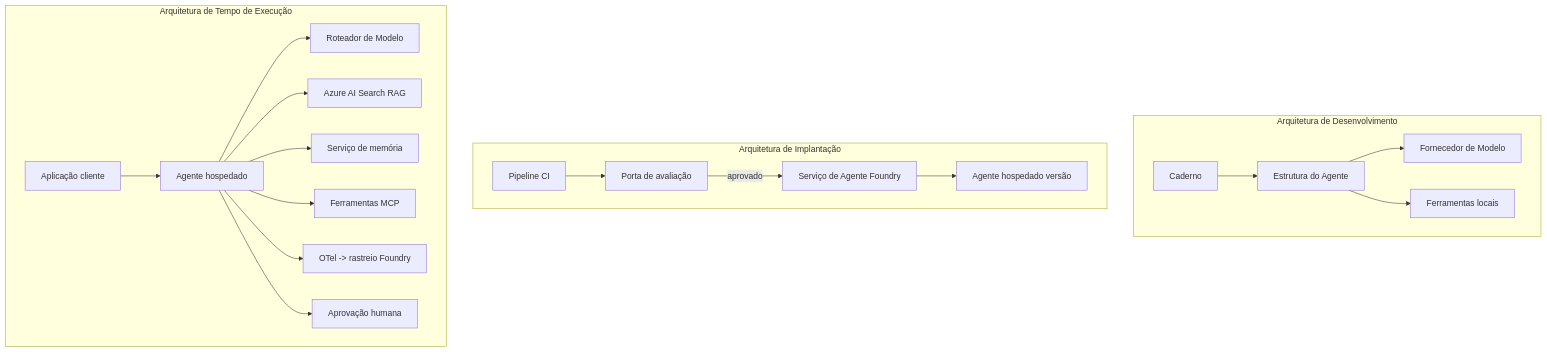
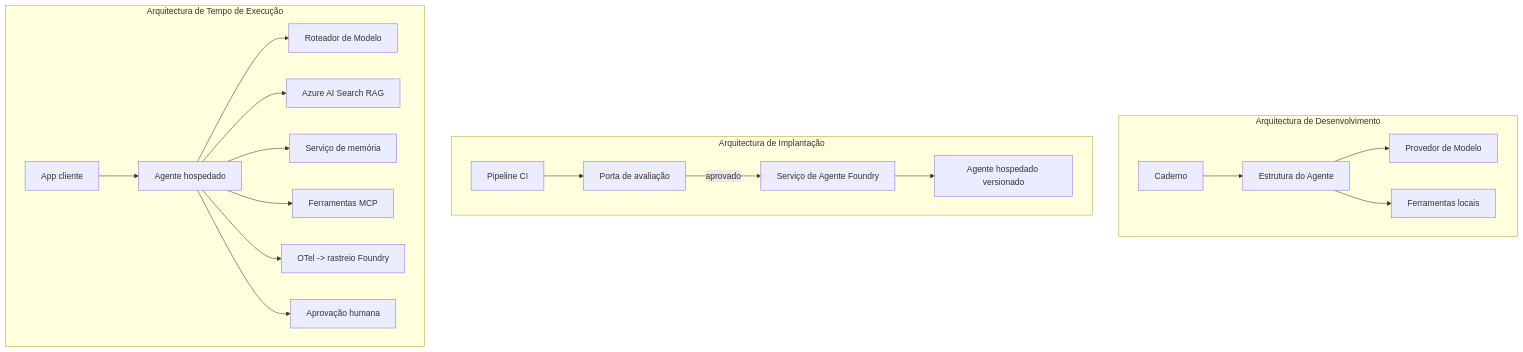
The fourth of 4 diagrams in mirrors/repos/microsoft@ai-agents-for-beginners/translations/pt-PT/16-deploying-scalable-agents/README.md (gabrielmoreira/agent-skills-mirror), drawn with Mermaid before and after one commit. The commit also changed other lines of this file and 4262 other files, not shown here.

````diff
--- a/mirrors/repos/microsoft@ai-agents-for-beginners/translations/pt-PT/16-deploying-scalable-agents/README.md
+++ b/mirrors/repos/microsoft@ai-agents-for-beginners/translations/pt-PT/16-deploying-scalable-agents/README.md
@@ -185,22 +185,22 @@
 ```mermaid
 flowchart TB
-    subgraph Dev[Arquitetura de Desenvolvimento]
+    subgraph Dev[Arquitectura de Desenvolvimento]
         D1[Caderno] --> D2[Estrutura do Agente]
-        D2 --> D3[Fornecedor de Modelo]
+        D2 --> D3[Provedor de Modelo]
         D2 --> D4[Ferramentas locais]
     end
-    subgraph Deploy[Arquitetura de Implantação]
+    subgraph Deploy[Arquitectura de Implantação]
         E1[Pipeline CI] --> E2[Porta de avaliação]
         E2 -->|aprovado| E3[Serviço de Agente Foundry]
-        E3 --> E4[Agente hospedado versão]
+        E3 --> E4[Agente hospedado versionado]
     end
-    subgraph Run[Arquitetura de Tempo de Execução]
-        F1[Aplicação cliente] --> F2[Agente hospedado]
+    subgraph Run[Arquitectura de Tempo de Execução]
+        F1[App cliente] --> F2[Agente hospedado]
         F2 --> F3[Roteador de Modelo]
         F2 --> F4[Azure AI Search RAG]
         F2 --> F5[Serviço de memória]
         F2 --> F6[Ferramentas MCP]
         F2 --> F7[OTel -> rastreio Foundry]
         F2 --> F8[Aprovação humana]
     end
 ```
````
